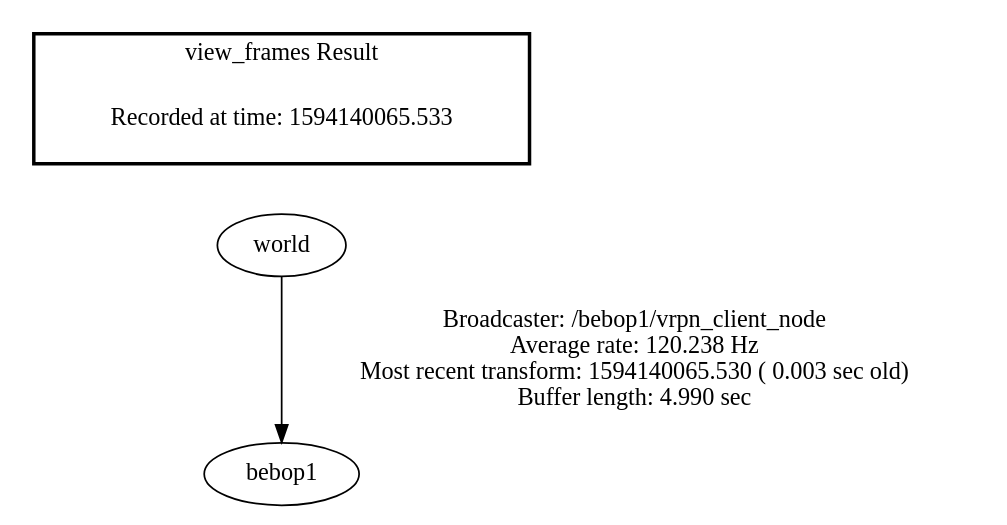
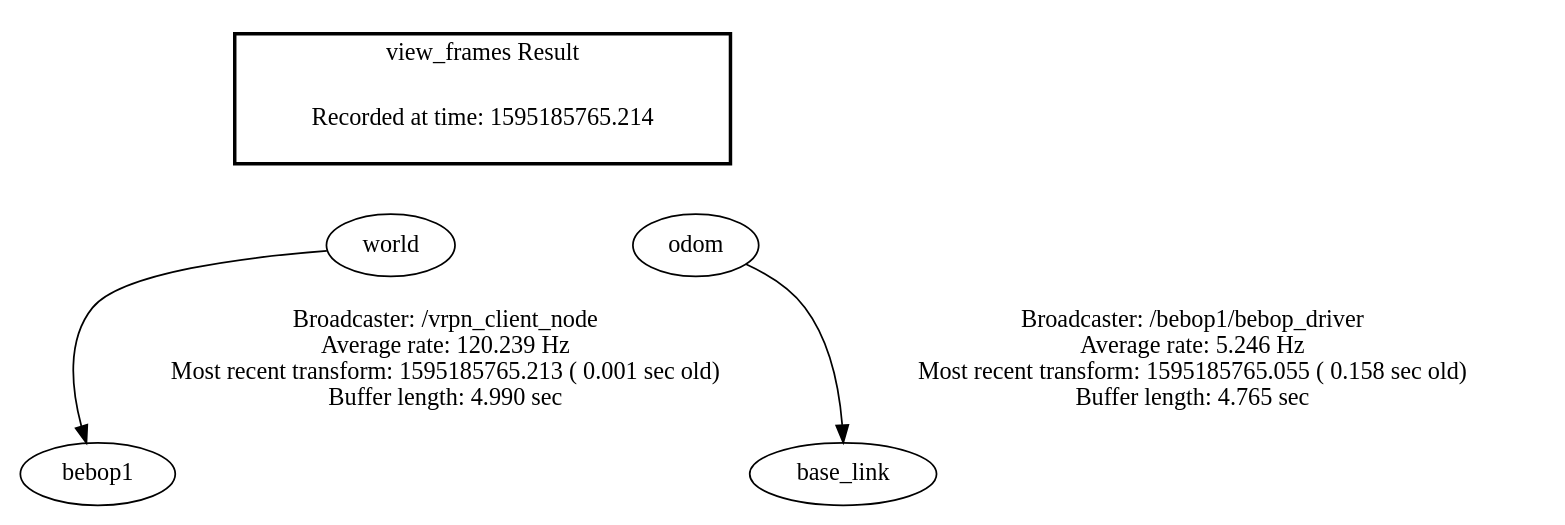
One commit to cjbanks/bebop-software-framework changed the diagram in bebop_ws/src/bebop_experiments/scripts/frames.gv. Above: the diagram before and after it, drawn with Graphviz. The commit also changed 3108 other files, not shown here.

```diff
--- a/bebop_ws/src/bebop_experiments/scripts/frames.gv
+++ b/bebop_ws/src/bebop_experiments/scripts/frames.gv
@@ -1,7 +1,12 @@
 digraph G {
-"world" -> "bebop1"[label="Broadcaster: /bebop1/vrpn_client_node\nAverage rate: 120.238 Hz\nMost recent transform: 1594140065.530 ( 0.003 sec old)\nBuffer length: 4.990 sec\n"];
+"world" -> "bebop1"[label="Broadcaster: /vrpn_client_node\nAverage rate: 120.239 Hz\nMost recent transform: 1595185765.213 ( 0.001 sec old)\nBuffer length: 4.990 sec\n"];
+"odom" -> "base_link"[label="Broadcaster: /bebop1/bebop_driver\nAverage rate: 5.246 Hz\nMost recent transform: 1595185765.055 ( 0.158 sec old)\nBuffer length: 4.765 sec\n"];
 edge [style=invis];
  subgraph cluster_legend { style=bold; color=black; label ="view_frames Result";
-"Recorded at time: 1594140065.533"[ shape=plaintext ] ;
+"Recorded at time: 1595185765.214"[ shape=plaintext ] ;
  }->"world";
+edge [style=invis];
+ subgraph cluster_legend { style=bold; color=black; label ="view_frames Result";
+"Recorded at time: 1595185765.214"[ shape=plaintext ] ;
+ }->"odom";
 }
```
